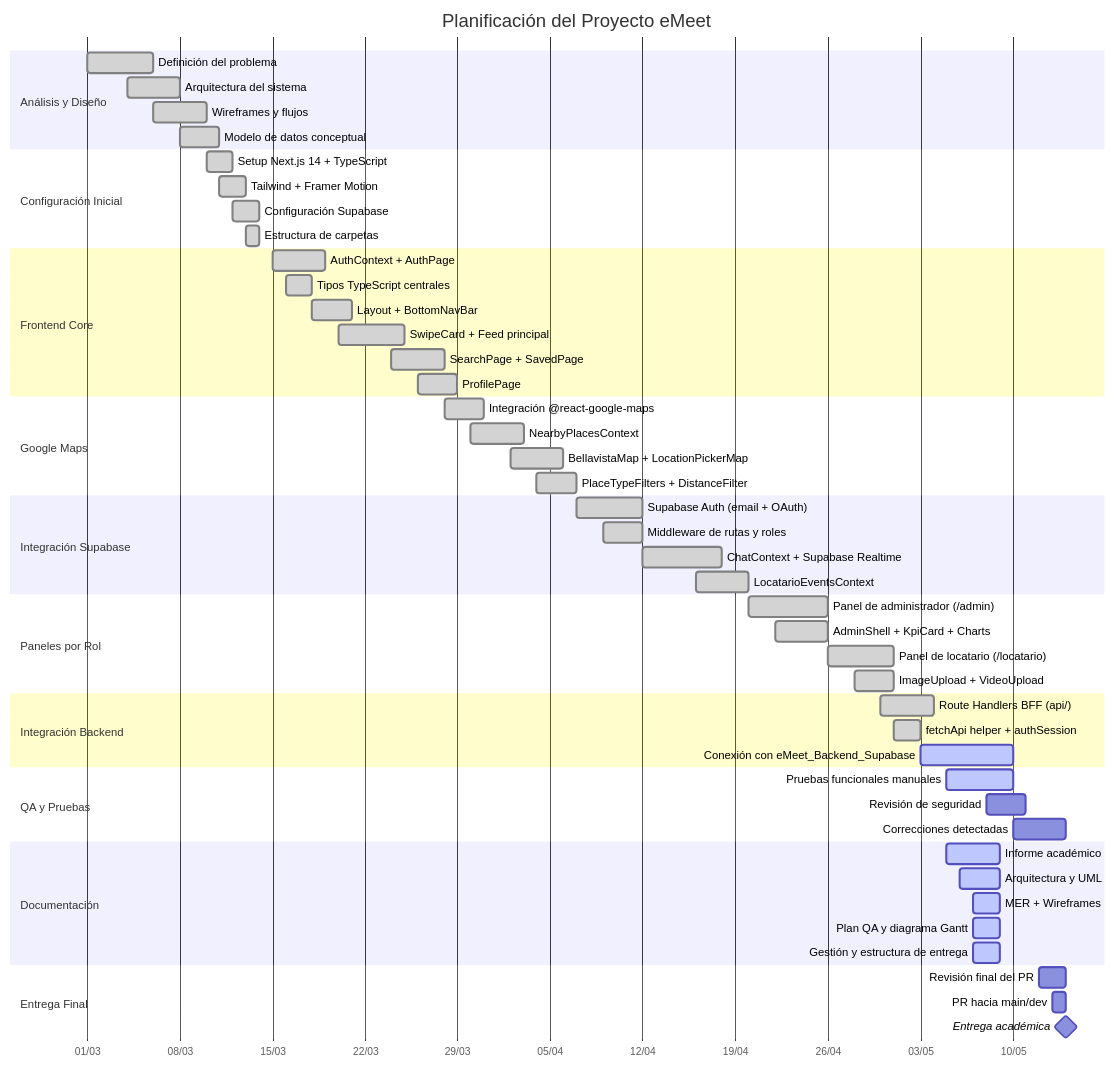
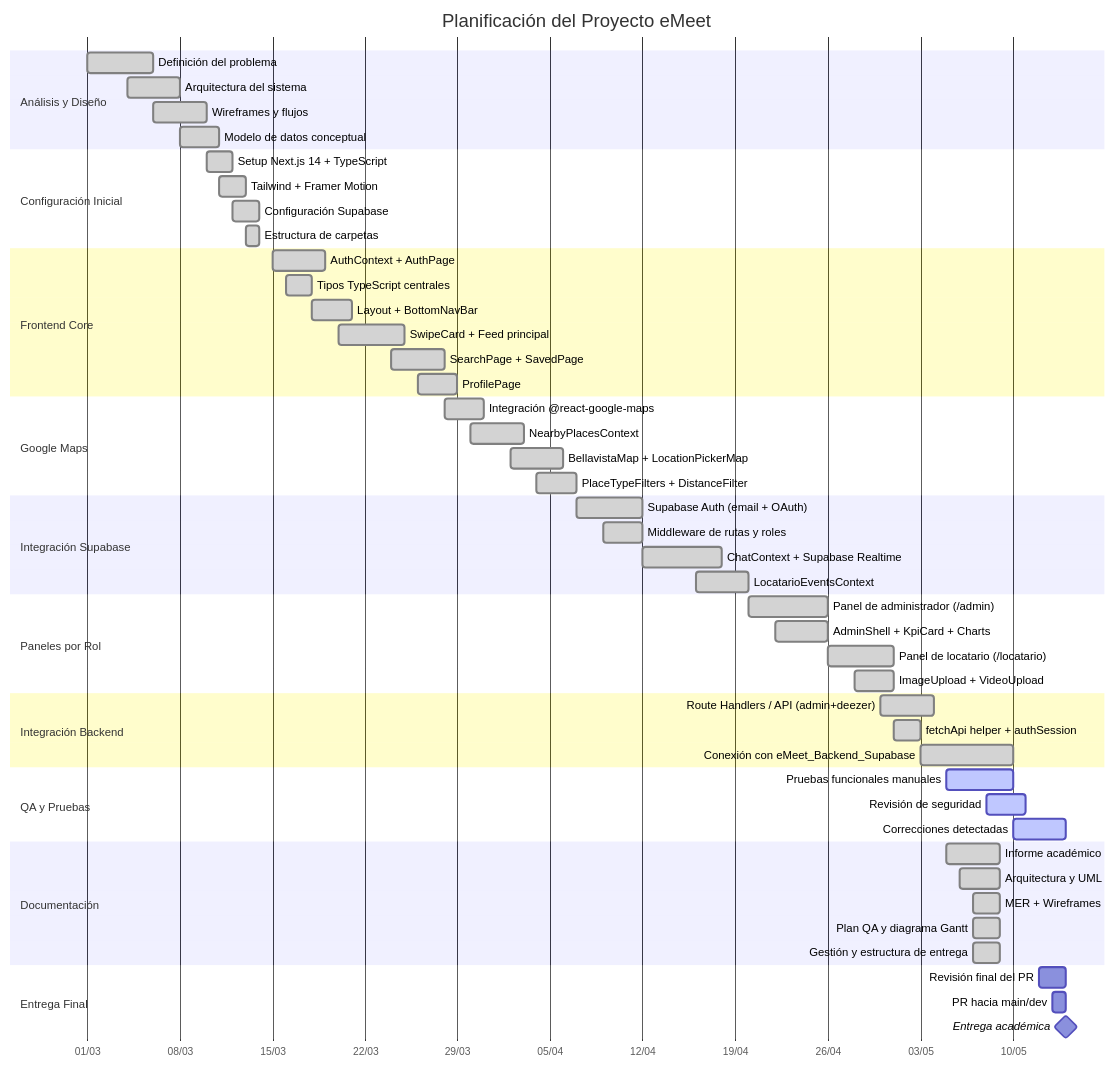
The diagram in Documentacion/Gantt.md (DanielBravoS88/eMeet_frontend), drawn with Mermaid before and after one commit. The commit also changed other lines of this file and 13 other files, not shown here.

Commit message:
docs: alinear documentacion con informe EP2 (arquitectura, MER, UML)

````diff
--- a/Documentacion/Gantt.md
+++ b/Documentacion/Gantt.md
@@ -26,66 +26,66 @@
 ```mermaid
 gantt
     title Planificación del Proyecto eMeet
     dateFormat  YYYY-MM-DD
     axisFormat  %d/%m
 
     section Análisis y Diseño
     Definición del problema           :done,    ana1, 2026-03-01, 5d
     Arquitectura del sistema          :done,    ana2, 2026-03-04, 4d
     Wireframes y flujos               :done,    ana3, 2026-03-06, 4d
     Modelo de datos conceptual        :done,    ana4, 2026-03-08, 3d
 
     section Configuración Inicial
     Setup Next.js 14 + TypeScript     :done,    cfg1, 2026-03-10, 2d
     Tailwind + Framer Motion          :done,    cfg2, 2026-03-11, 2d
     Configuración Supabase            :done,    cfg3, 2026-03-12, 2d
     Estructura de carpetas            :done,    cfg4, 2026-03-13, 1d
 
     section Frontend Core
     AuthContext + AuthPage            :done,    fe1, 2026-03-15, 4d
     Tipos TypeScript centrales        :done,    fe2, 2026-03-16, 2d
     Layout + BottomNavBar             :done,    fe3, 2026-03-18, 3d
     SwipeCard + Feed principal        :done,    fe4, 2026-03-20, 5d
     SearchPage + SavedPage            :done,    fe5, 2026-03-24, 4d
     ProfilePage                       :done,    fe6, 2026-03-26, 3d
 
     section Google Maps
     Integración @react-google-maps    :done,    gm1, 2026-03-28, 3d
     NearbyPlacesContext               :done,    gm2, 2026-03-30, 4d
     BellavistaMap + LocationPickerMap :done,    gm3, 2026-04-02, 4d
     PlaceTypeFilters + DistanceFilter :done,    gm4, 2026-04-04, 3d
 
     section Integración Supabase
     Supabase Auth (email + OAuth)     :done,    sb1, 2026-04-07, 5d
     Middleware de rutas y roles       :done,    sb2, 2026-04-09, 3d
     ChatContext + Supabase Realtime   :done,    sb3, 2026-04-12, 6d
     LocatarioEventsContext            :done,    sb4, 2026-04-16, 4d
 
     section Paneles por Rol
     Panel de administrador (/admin)   :done,    adm1, 2026-04-20, 6d
     AdminShell + KpiCard + Charts     :done,    adm2, 2026-04-22, 4d
     Panel de locatario (/locatario)   :done,    loc1, 2026-04-26, 5d
     ImageUpload + VideoUpload         :done,    loc2, 2026-04-28, 3d
 
     section Integración Backend
-    Route Handlers BFF (api/)         :done,    bff1, 2026-04-30, 4d
+    Route Handlers / API (admin+deezer):done,    bff1, 2026-04-30, 4d
     fetchApi helper + authSession     :done,    bff2, 2026-05-01, 2d
-    Conexión con eMeet_Backend_Supabase : active, bff3, 2026-05-03, 7d
+    Conexión con eMeet_Backend_Supabase :done,    bff3, 2026-05-03, 7d
 
     section QA y Pruebas
     Pruebas funcionales manuales      :active,  qa1, 2026-05-05, 5d
-    Revisión de seguridad             :         qa2, 2026-05-08, 3d
-    Correcciones detectadas           :         qa3, 2026-05-10, 4d
+    Revisión de seguridad             :active,  qa2, 2026-05-08, 3d
+    Correcciones detectadas           :active,  qa3, 2026-05-10, 4d
 
     section Documentación
-    Informe académico                 :active,  doc1, 2026-05-05, 4d
-    Arquitectura y UML                :active,  doc2, 2026-05-06, 3d
-    MER + Wireframes                  :active,  doc3, 2026-05-07, 2d
-    Plan QA y diagrama Gantt          :active,  doc4, 2026-05-07, 2d
-    Gestión y estructura de entrega   :active,  doc5, 2026-05-07, 2d
+    Informe académico                 :done,    doc1, 2026-05-05, 4d
+    Arquitectura y UML                :done,    doc2, 2026-05-06, 3d
+    MER + Wireframes                  :done,    doc3, 2026-05-07, 2d
+    Plan QA y diagrama Gantt          :done,    doc4, 2026-05-07, 2d
+    Gestión y estructura de entrega   :done,    doc5, 2026-05-07, 2d
 
     section Entrega Final
     Revisión final del PR             :         ent1, 2026-05-12, 2d
     PR hacia main/dev                 :         ent2, 2026-05-13, 1d
     Entrega académica                 :milestone, ent3, 2026-05-14, 0d
 ```
````
